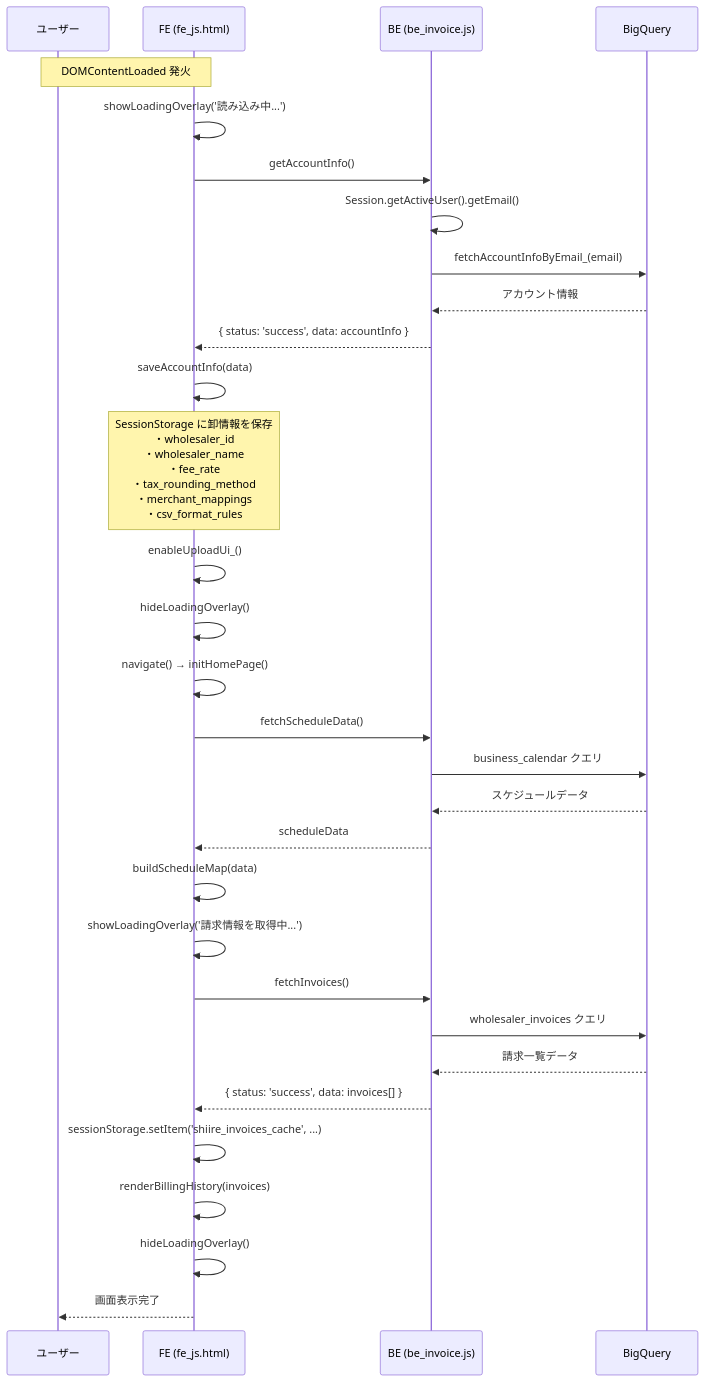
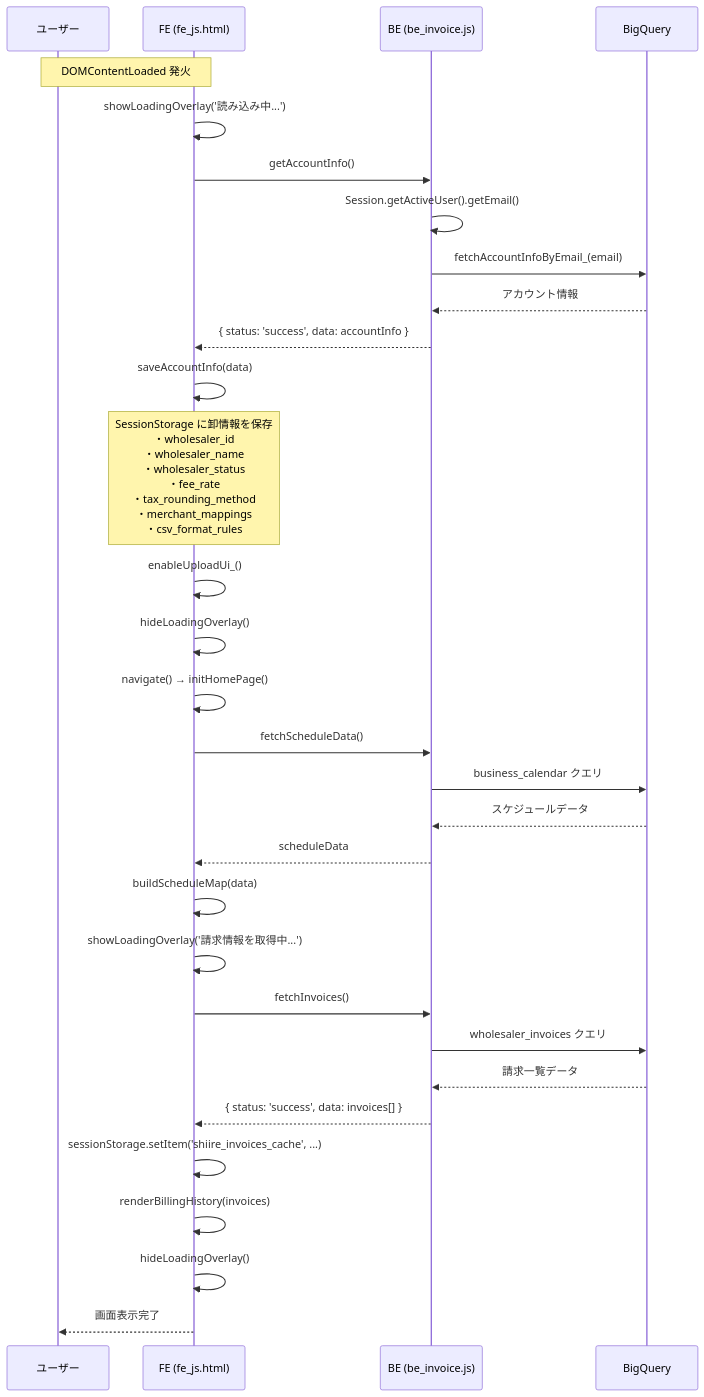
Before and after one commit to USEN-PAY-Products/connect-wholesale-gas-poc: the second of 6 diagrams in docs/specifications/01_top_page.md, drawn with Mermaid. The commit also changed other lines of this file and 13 other files, not shown here.

````diff
--- a/docs/specifications/01_top_page.md
+++ b/docs/specifications/01_top_page.md
@@ -92,38 +92,38 @@
 ```mermaid
 sequenceDiagram
     participant U as ユーザー
     participant FE as FE (fe_js.html)
     participant BE as BE (be_invoice.js)
     participant BQ as BigQuery
 
     Note over U,FE: DOMContentLoaded 発火
     FE->>FE: showLoadingOverlay('読み込み中...')
     FE->>BE: getAccountInfo()
     BE->>BE: Session.getActiveUser().getEmail()
     BE->>BQ: fetchAccountInfoByEmail_(email)
     BQ-->>BE: アカウント情報
     BE-->>FE: { status: 'success', data: accountInfo }
 
     FE->>FE: saveAccountInfo(data)
-    Note over FE: SessionStorage に卸情報を保存<br/>・wholesaler_id<br/>・wholesaler_name<br/>・fee_rate<br/>・tax_rounding_method<br/>・merchant_mappings<br/>・csv_format_rules
+    Note over FE: SessionStorage に卸情報を保存<br/>・wholesaler_id<br/>・wholesaler_name<br/>・wholesaler_status<br/>・fee_rate<br/>・tax_rounding_method<br/>・merchant_mappings<br/>・csv_format_rules
     FE->>FE: enableUploadUi_()
     FE->>FE: hideLoadingOverlay()
     FE->>FE: navigate() → initHomePage()
 
     FE->>BE: fetchScheduleData()
     BE->>BQ: business_calendar クエリ
     BQ-->>BE: スケジュールデータ
     BE-->>FE: scheduleData
     FE->>FE: buildScheduleMap(data)
 
     FE->>FE: showLoadingOverlay('請求情報を取得中...')
     FE->>BE: fetchInvoices()
     BE->>BQ: wholesaler_invoices クエリ
     BQ-->>BE: 請求一覧データ
     BE-->>FE: { status: 'success', data: invoices[] }
 
     FE->>FE: sessionStorage.setItem('shiire_invoices_cache', ...)
     FE->>FE: renderBillingHistory(invoices)
     FE->>FE: hideLoadingOverlay()
     FE-->>U: 画面表示完了
 ```
````
